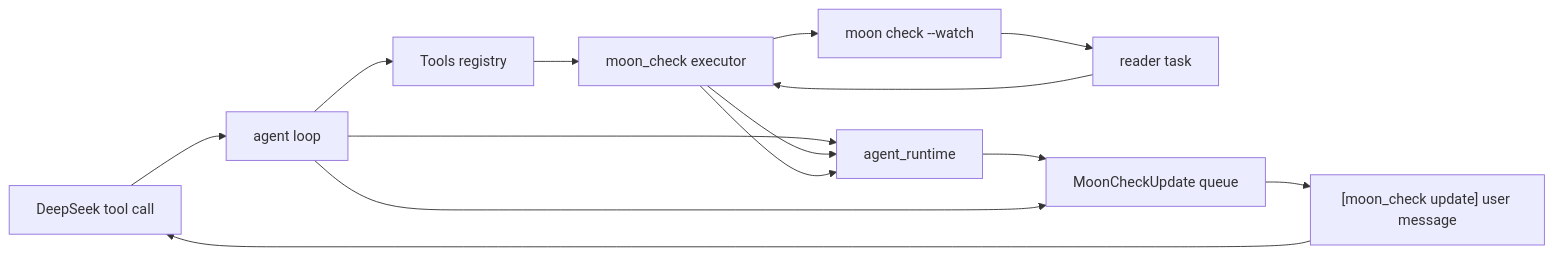
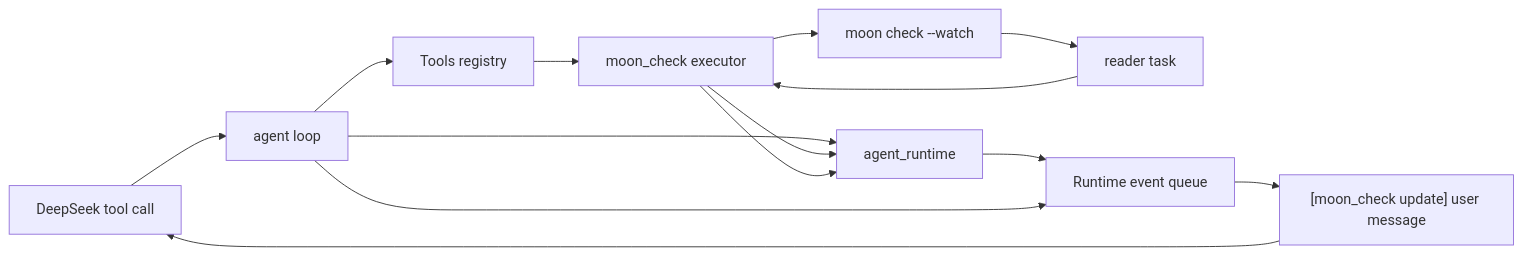
The diagram in agent_tool/README.mbt.md (vectie/openseek), drawn with Mermaid before and after one commit. The commit also changed other lines of this file and 5 other files, not shown here.

Commit message:
Hide moon_check runtime event internals

````diff
--- a/agent_tool/README.mbt.md
+++ b/agent_tool/README.mbt.md
@@ -55,16 +55,16 @@
 ```mermaid
 flowchart LR
   Model[DeepSeek tool call] --> Agent[agent loop]
   Agent --> Tools[Tools registry]
   Tools --> MoonCheck[moon_check executor]
   Agent --> Runtime[agent_runtime]
   MoonCheck --> Runtime
   MoonCheck --> Watcher[moon check --watch]
   Watcher --> Monitor[reader task]
   Monitor --> MoonCheck
   MoonCheck --> Runtime
-  Runtime --> Queue[MoonCheckUpdate queue]
+  Runtime --> Queue[Runtime event queue]
   Agent --> Queue
   Queue --> Message["[moon_check update] user message"]
   Message --> Model
 ```
````
